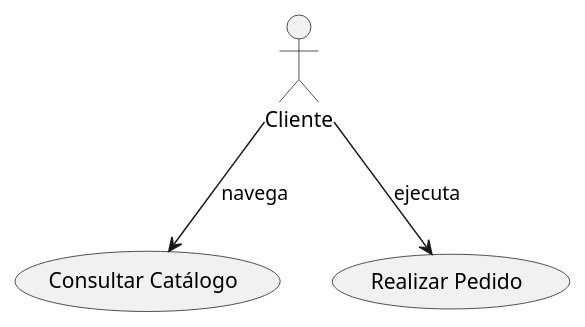
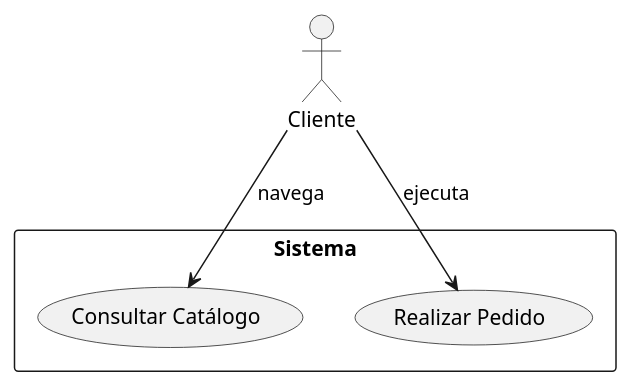
One commit to gaaguirrer/Clases changed diagram 16 of 26 in Ingeniería del Software I/Materiales/Introducción casos de uso.md. Above: the diagram before and after it, drawn with PlantUML. The commit also changed other lines of this file and 14 other files, not shown here.

````diff
--- a/Ingeniería del Software I/Materiales/Introducción casos de uso.md
+++ b/Ingeniería del Software I/Materiales/Introducción casos de uso.md
@@ -485,6 +562,13 @@
 ```plantuml
 @startuml
-:Cliente: --> (Consultar Catálogo) : navega
-:Cliente: --> (Realizar Pedido) : ejecuta
+:Cliente: as C
+
+rectangle "Sistema" {
+    (Consultar Catálogo) as CC
+    (Realizar Pedido) as RP
+}
+
+C --> CC : navega
+C --> RP : ejecuta
 @enduml
 ```
````
